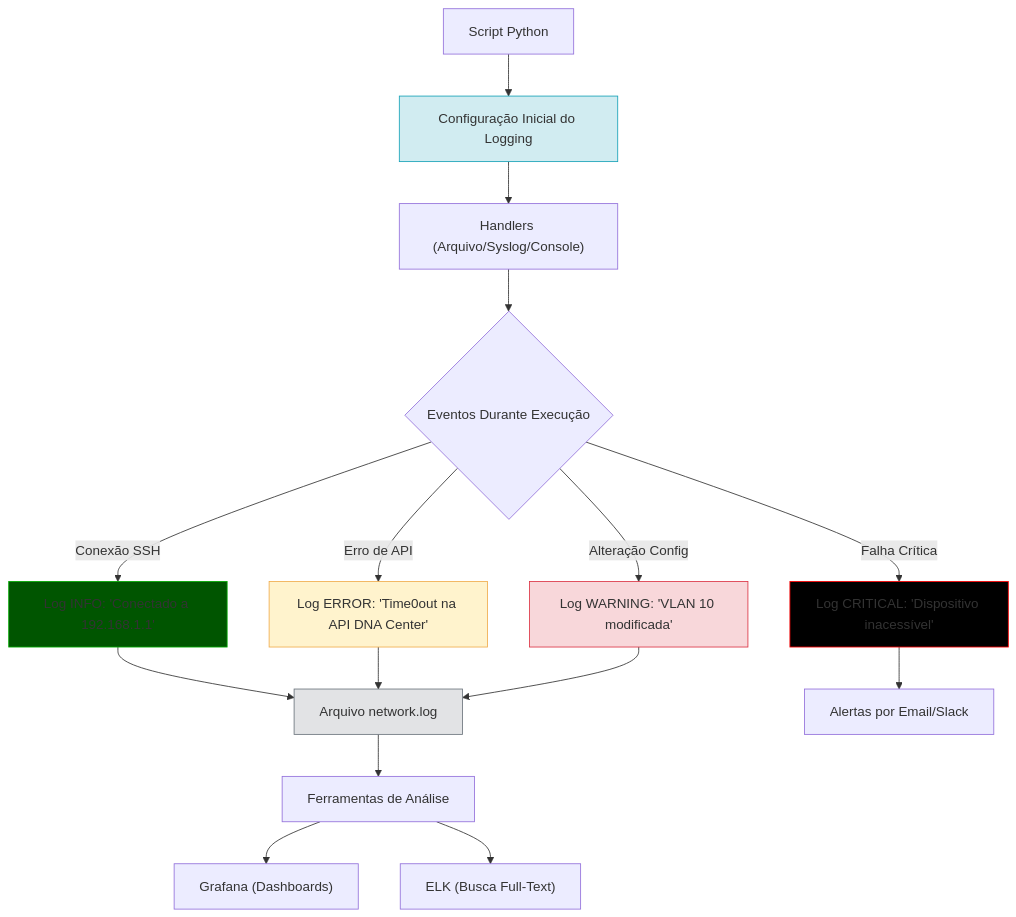
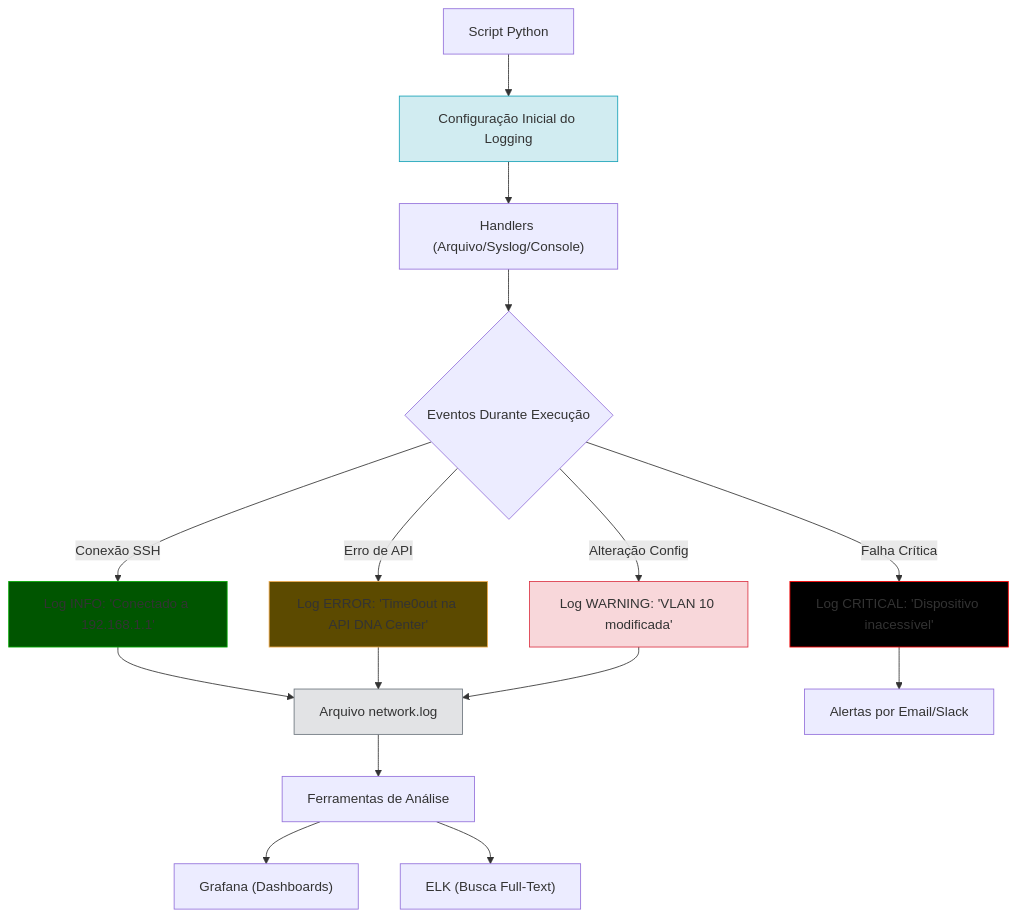
The diagram in CCNP 350-401 ENCOR/06 - Automation/17- Python - Basico 12 - Logging/README.md (alcancil/Cisco), drawn with Mermaid before and after one commit.

Commit message:
Alterado o arquivo README.md

````diff
--- a/CCNP 350-401 ENCOR/06 - Automation/17- Python - Basico 12 - Logging/README.md
+++ b/CCNP 350-401 ENCOR/06 - Automation/17- Python - Basico 12 - Logging/README.md
@@ -32,24 +32,24 @@
 ```mermaid
 graph TB
     A[Script Python] --> B[Configuração Inicial do Logging]
     B --> C["Handlers (Arquivo/Syslog/Console)"]
     C --> D{"Eventos Durante Execução"}
     D -->|Conexão SSH| E[Log INFO: 'Conectado a 192.168.1.1']
     D -->|Erro de API| F[Log ERROR: 'Time0out na API DNA Center']
     D -->|Alteração Config| G[Log WARNING: 'VLAN 10 modificada']
     D -->|Falha Crítica| H[Log CRITICAL: 'Dispositivo inacessível']
     E --> I[Arquivo network.log]
     F --> I
     G --> I
     H --> J[Alertas por Email/Slack]
     I --> K[Ferramentas de Análise]
     K --> L["Grafana (Dashboards)"]
     K --> M["ELK (Busca Full-Text)"]
 
     style B fill:#d1ecf1,stroke:#17a2b8,color:#000000  # Configuracao
     style E fill:#005500,stroke:#00AA00,color:#FFFFFF  # INFO
-    style F fill:#fff3cd,stroke:#f0ad4e,color:#000000  # ERROR
+    style F fill:#5c4a00,stroke:#f0ad4e,color:#ffffff  # ERROR
     style G fill:#f8d7da,stroke:#dc3545,color:#000000  # WARNING
     style H fill:#000000,stroke:#ff0000,color:#ffffff  # CRITICAL
     style I fill:#e2e3e5,stroke:#6c757d,color:#000000  # Arquivo
 ```
````
